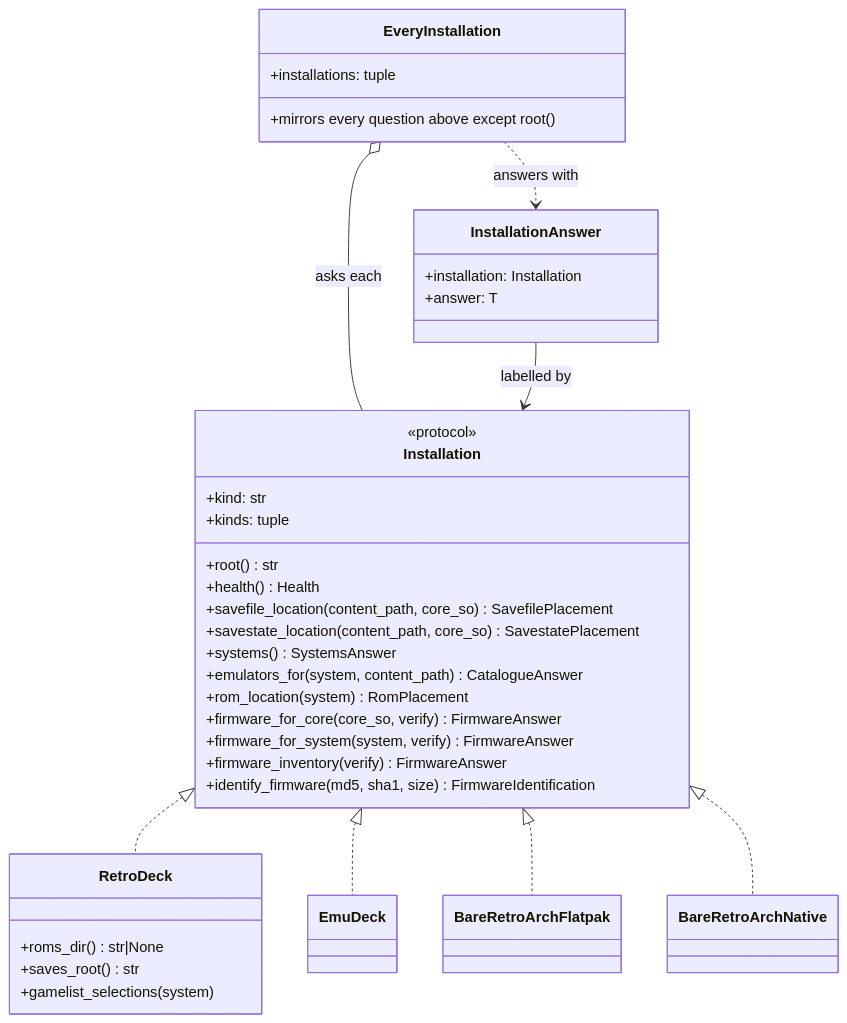
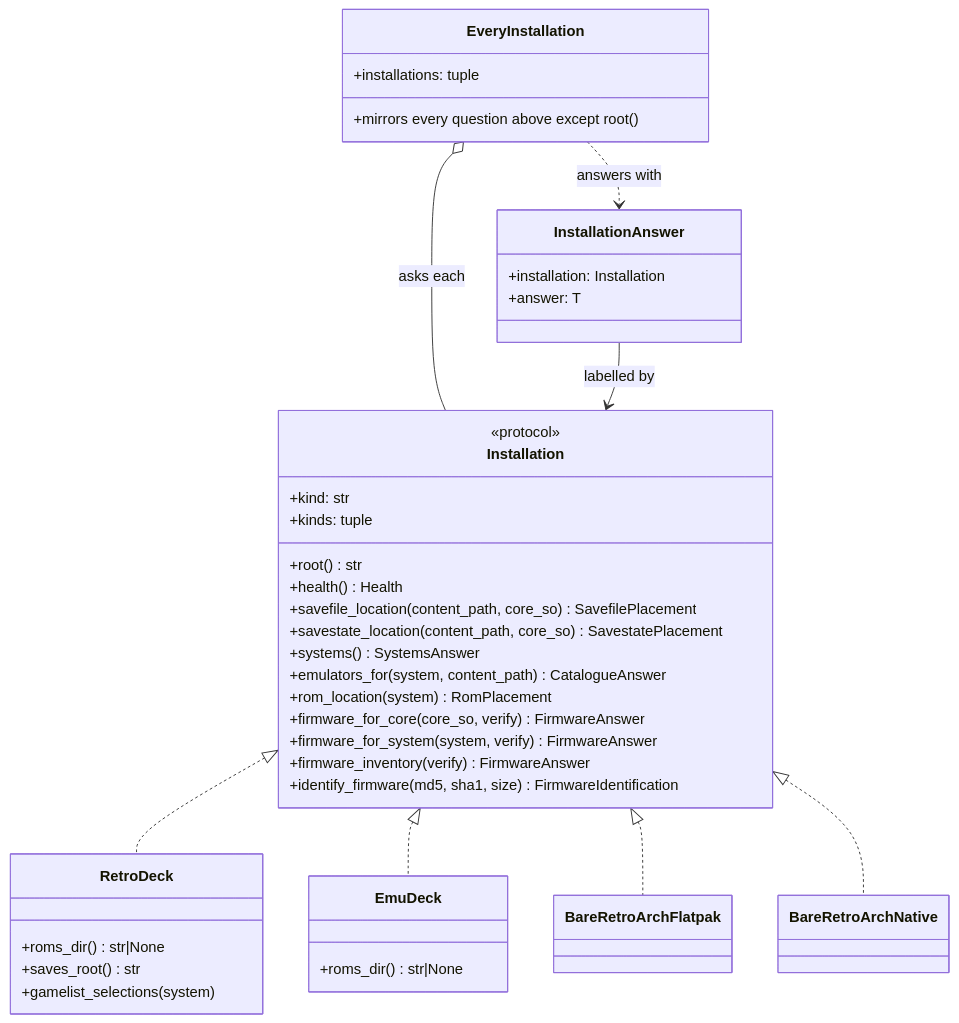
Before and after one commit to danielcopper/emu-atlas: the second of 3 diagrams in docs/architecture.md, drawn with Mermaid. The commit also changed other lines of this file and 7 other files, not shown here.

````diff
--- a/docs/architecture.md
+++ b/docs/architecture.md
@@ -60,43 +60,45 @@
 ```mermaid
 classDiagram
     class Installation {
         <<protocol>>
         +kind: str
         +kinds: tuple
         +root() str
         +health() Health
         +savefile_location(content_path, core_so) SavefilePlacement
         +savestate_location(content_path, core_so) SavestatePlacement
         +systems() SystemsAnswer
         +emulators_for(system, content_path) CatalogueAnswer
         +rom_location(system) RomPlacement
         +firmware_for_core(core_so, verify) FirmwareAnswer
         +firmware_for_system(system, verify) FirmwareAnswer
         +firmware_inventory(verify) FirmwareAnswer
         +identify_firmware(md5, sha1, size) FirmwareIdentification
     }
     class RetroDeck {
         +roms_dir() str|None
         +saves_root() str
         +gamelist_selections(system)
     }
-    class EmuDeck
+    class EmuDeck {
+        +roms_dir() str|None
+    }
     class BareRetroArchFlatpak
     class BareRetroArchNative
     class EveryInstallation {
         +installations: tuple
         +mirrors every question above except root()
     }
     class InstallationAnswer {
         +installation: Installation
         +answer: T
     }
 
     Installation <|.. RetroDeck
     Installation <|.. EmuDeck
     Installation <|.. BareRetroArchFlatpak
     Installation <|.. BareRetroArchNative
     EveryInstallation o-- Installation : asks each
     EveryInstallation ..> InstallationAnswer : answers with
     InstallationAnswer --> Installation : labelled by
 ```
````
